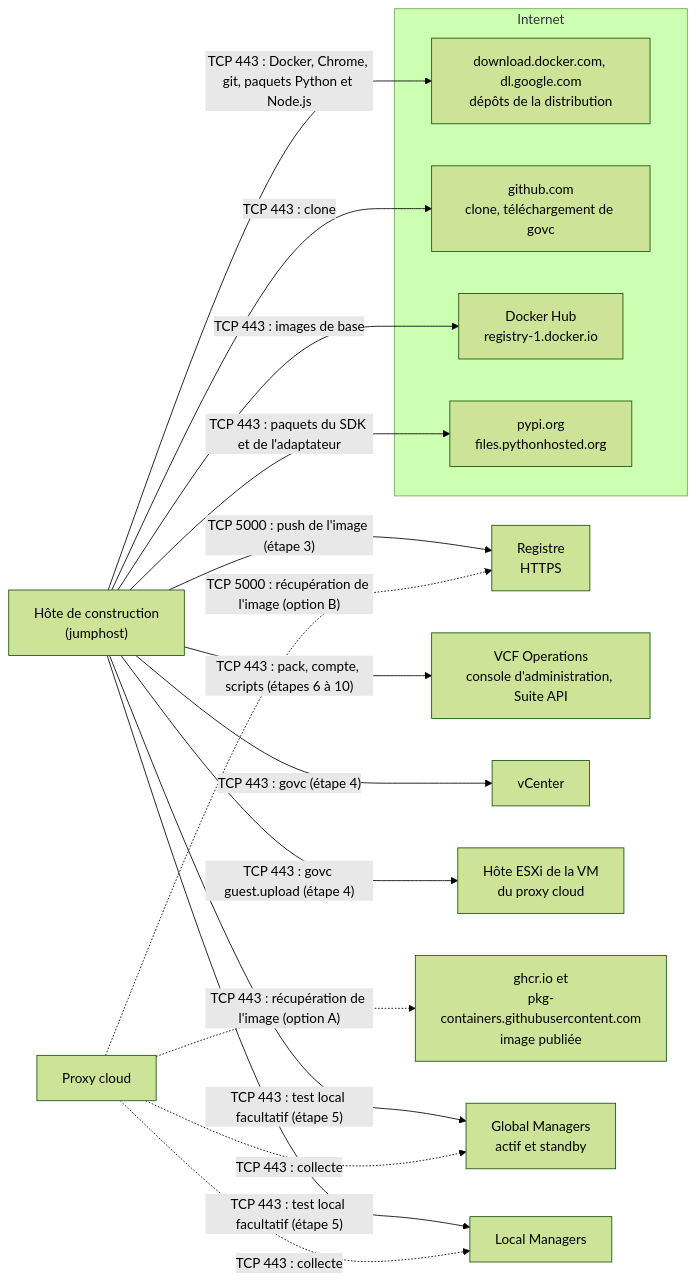
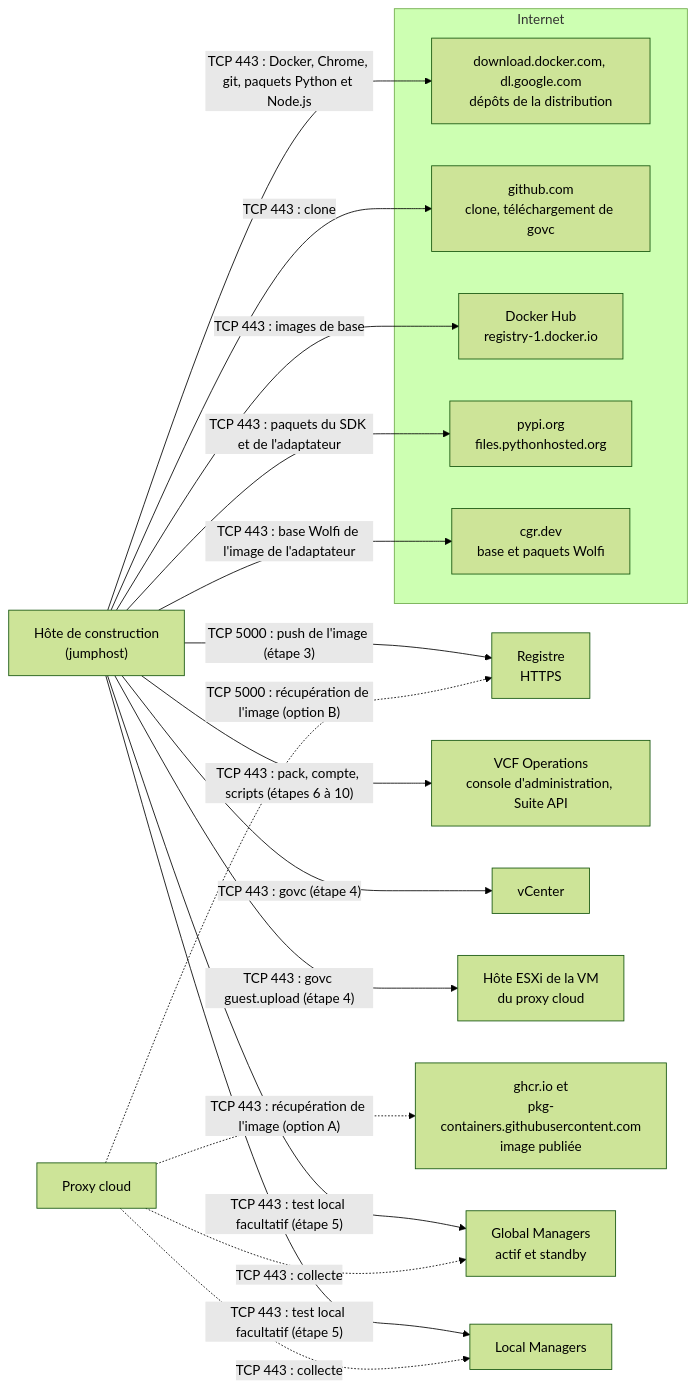
One commit to sorinplaton/vcf-ops-nsx-federation-mp changed the first of 3 diagrams in docs/INSTALL.fr.md. Above: the diagram before and after it, drawn with Mermaid (forest theme). The commit also changed other lines of this file and 9 other files, not shown here.

````diff
--- a/docs/INSTALL.fr.md
+++ b/docs/INSTALL.fr.md
@@ -76,33 +76,35 @@
 ```mermaid
 flowchart LR
   subgraph NET["Internet"]
     PKG["download.docker.com, dl.google.com<br/>dépôts de la distribution"]
     GH["github.com<br/>clone, téléchargement de govc"]
     HUB["Docker Hub<br/>registry-1.docker.io"]
     PYPI["pypi.org<br/>files.pythonhosted.org"]
+    CGR["cgr.dev<br/>base et paquets Wolfi"]
   end
   BH["Hôte de construction<br/>(jumphost)"]
   REG["Registre<br/>HTTPS"]
   OPS["VCF Operations<br/>console d'administration, Suite API"]
   VC["vCenter"]
   ESX["Hôte ESXi de la VM<br/>du proxy cloud"]
   CP["Proxy cloud"]
   GHCR["ghcr.io et<br/>pkg-containers.githubusercontent.com<br/>image publiée"]
   GM["Global Managers<br/>actif et standby"]
   LM["Local Managers"]
 
   BH -->|"TCP 443 : Docker, Chrome, git, paquets Python et Node.js"| PKG
   BH -->|"TCP 443 : clone"| GH
   BH -->|"TCP 443 : images de base"| HUB
   BH -->|"TCP 443 : paquets du SDK et de l'adaptateur"| PYPI
+  BH -->|"TCP 443 : base Wolfi de l'image de l'adaptateur"| CGR
   BH -->|"TCP 5000 : push de l'image (étape 3)"| REG
   BH -->|"TCP 443 : pack, compte, scripts (étapes 6 à 10)"| OPS
   BH -->|"TCP 443 : govc (étape 4)"| VC
   BH -->|"TCP 443 : govc guest.upload (étape 4)"| ESX
   BH -->|"TCP 443 : test local facultatif (étape 5)"| GM
   BH -->|"TCP 443 : test local facultatif (étape 5)"| LM
   CP -.->|"TCP 5000 : récupération de l'image (option B)"| REG
   CP -.->|"TCP 443 : récupération de l'image (option A)"| GHCR
   CP -.->|"TCP 443 : collecte"| GM
   CP -.->|"TCP 443 : collecte"| LM
 ```
````
